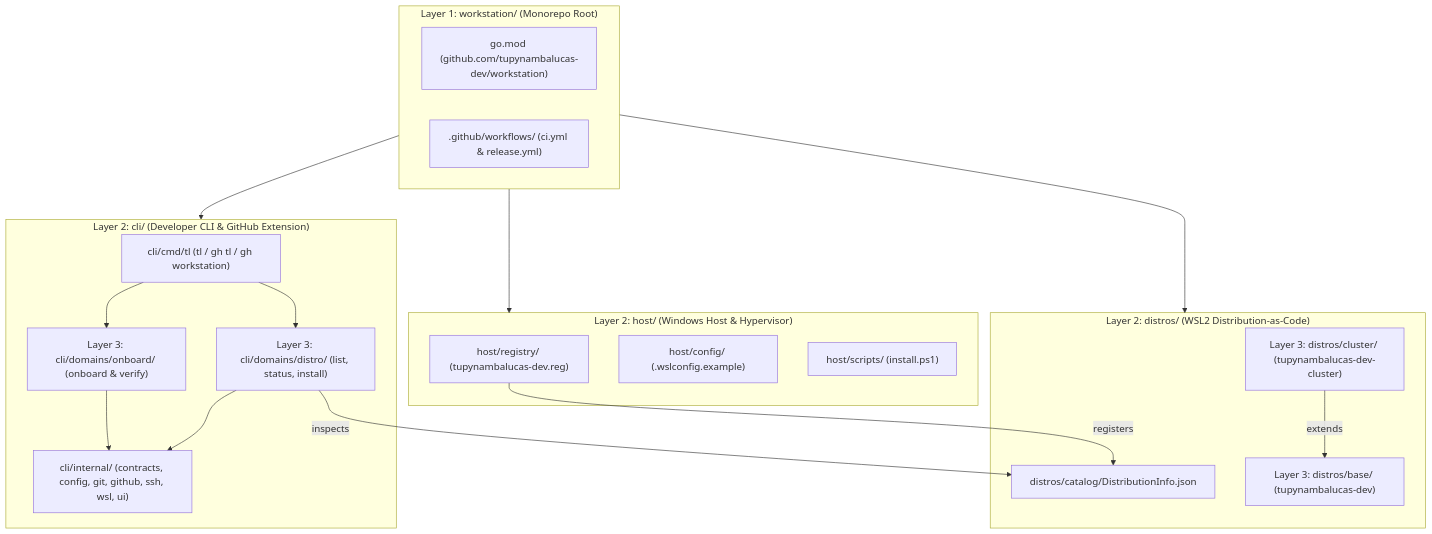
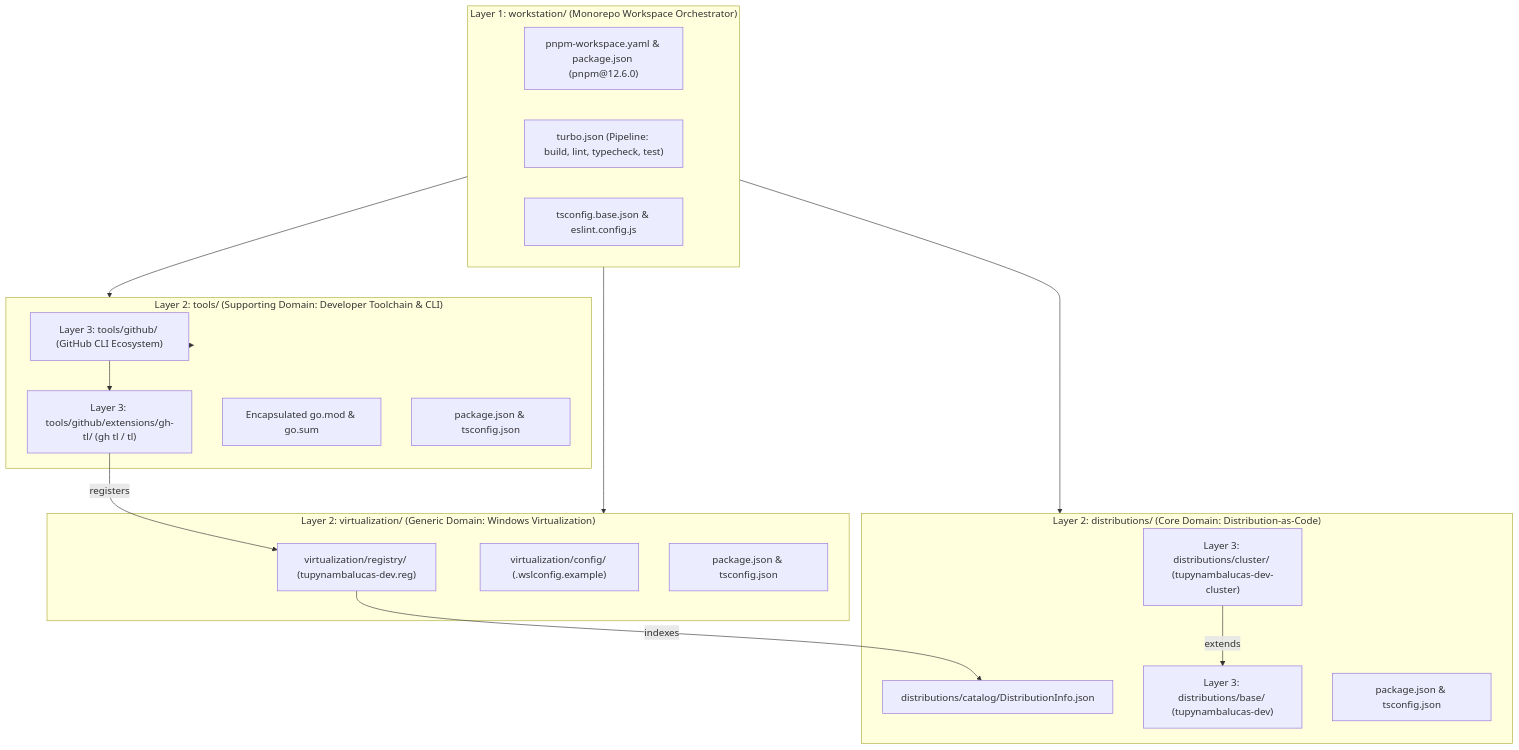
One commit to tupynambalucas-dev/foundation changed the diagram in README.md. Above: the diagram before and after it, drawn with Mermaid. The commit also changed other lines of this file and 95 other files, not shown here.

Commit message:
refactor(architecture): scaffold pnpm workspaces and ddd bounded contexts

````diff
--- a/README.md
+++ b/README.md
@@ -11,37 +11,37 @@
 ```mermaid
 flowchart TD
-    subgraph Root["Layer 1: workstation/ (Monorepo Root)"]
-        GoMod["go.mod (github.com/tupynambalucas-dev/workstation)"]
-        Workflows[".github/workflows/ (ci.yml & release.yml)"]
+    subgraph Root["Layer 1: workstation/ (Monorepo Workspace Orchestrator)"]
+        PNPM["pnpm-workspace.yaml & package.json (pnpm@12.6.0)"]
+        Turbo["turbo.json (Pipeline: build, lint, typecheck, test)"]
+        TSConfig["tsconfig.base.json & eslint.config.js"]
     end
 
-    subgraph Distros["Layer 2: distros/ (WSL2 Distribution-as-Code)"]
-        Catalog["distros/catalog/DistributionInfo.json"]
-        BaseDistro["Layer 3: distros/base/ (tupynambalucas-dev)"]
-        ClusterDistro["Layer 3: distros/cluster/ (tupynambalucas-dev-cluster)"]
+    subgraph Distros["Layer 2: distributions/ (Core Domain: Distribution-as-Code)"]
+        Catalog["distributions/catalog/DistributionInfo.json"]
+        BaseDistro["Layer 3: distributions/base/ (tupynambalucas-dev)"]
+        ClusterDistro["Layer 3: distributions/cluster/ (tupynambalucas-dev-cluster)"]
+        DistroPkg["package.json & tsconfig.json"]
     end
 
-    subgraph CLI["Layer 2: cli/ (Developer CLI & GitHub Extension)"]
-        CmdEntry["cli/cmd/tl (tl / gh tl / gh workstation)"]
-        OnboardDomain["Layer 3: cli/domains/onboard/ (onboard & verify)"]
-        DistroDomain["Layer 3: cli/domains/distro/ (list, status, install)"]
-        Internal["cli/internal/ (contracts, config, git, github, ssh, wsl, ui)"]
+    subgraph Tools["Layer 2: tools/ (Supporting Domain: Developer Toolchain & CLI)"]
+        GHWorkspace["Layer 3: tools/github/ (GitHub CLI Ecosystem)"]
+        CLIExt["Layer 3: tools/github/extensions/gh-tl/ (gh tl / tl)"]
+        GoToolchain["Encapsulated go.mod & go.sum"]
+        ToolsPkg["package.json & tsconfig.json"]
     end
 
-    subgraph Host["Layer 2: host/ (Windows Host & Hypervisor)"]
-        Reg["host/registry/ (tupynambalucas-dev.reg)"]
-        WslCfg["host/config/ (.wslconfig.example)"]
-        HostScript["host/scripts/ (install.ps1)"]
+    subgraph Virt["Layer 2: virtualization/ (Generic Domain: Windows Virtualization)"]
+        Reg["virtualization/registry/ (tupynambalucas-dev.reg)"]
+        WslCfg["virtualization/config/ (.wslconfig.example)"]
+        VirtPkg["package.json & tsconfig.json"]
     end
 
     Root --> Distros
-    Root --> CLI
-    Root --> Host
+    Root --> Tools
+    Root --> Virt
+    Tools --> GHWorkspace
+    GHWorkspace --> CLIExt
     ClusterDistro -->|extends| BaseDistro
-    CmdEntry --> OnboardDomain
-    CmdEntry --> DistroDomain
-    OnboardDomain --> Internal
-    DistroDomain --> Internal
-    Reg -->|registers| Catalog
-    DistroDomain -->|inspects| Catalog
+    CLIExt -->|registers| Reg
+    Reg -->|indexes| Catalog
 ```
````
